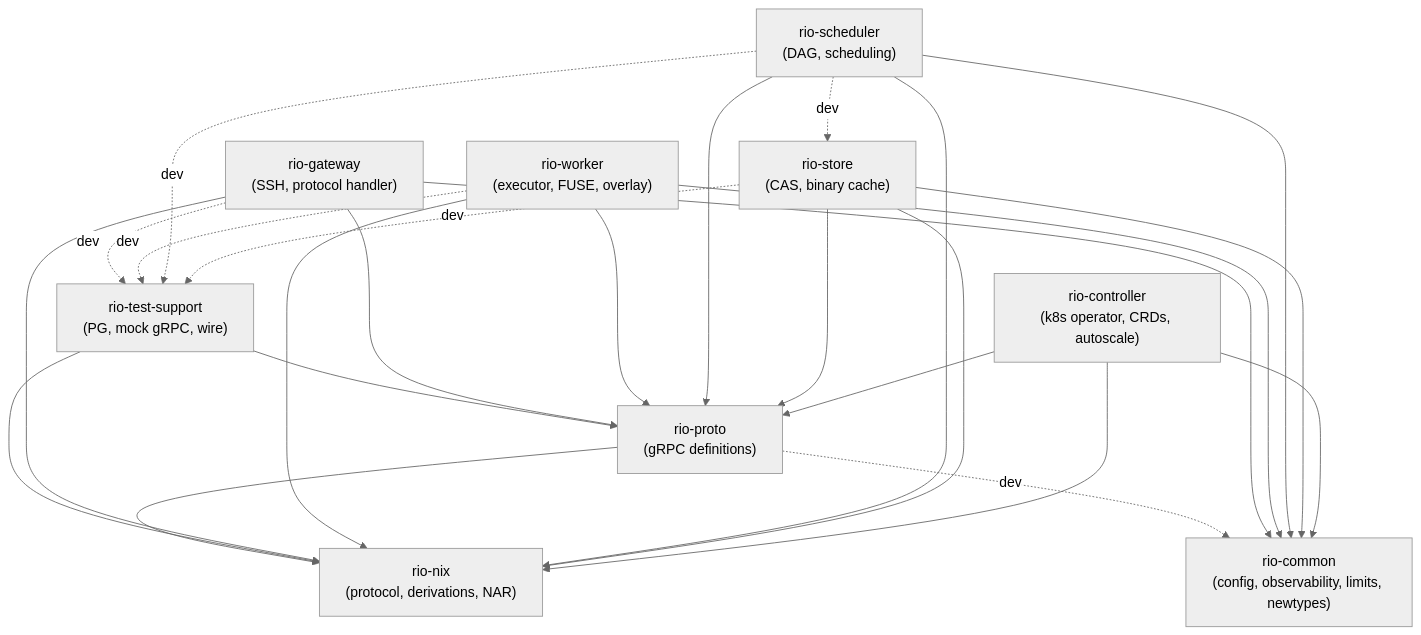
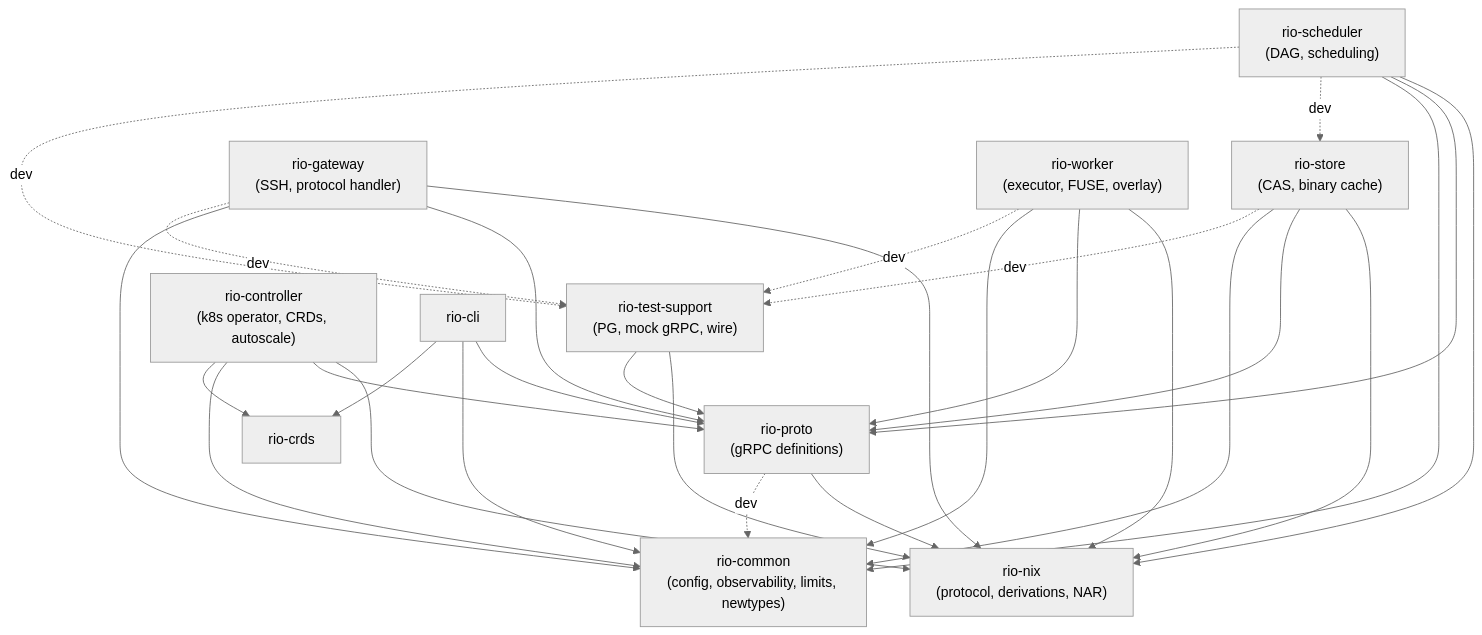
The diagram in docs/src/crate-structure.md (Mic92/rio-build), drawn with Mermaid (neutral theme) before and after one commit. The commit also changed other lines of this file and 7 other files, not shown here.

````diff
--- a/docs/src/crate-structure.md
+++ b/docs/src/crate-structure.md
@@ -23,43 +25,48 @@
 ```mermaid
 graph TD
     rio-common["rio-common<br/>(config, observability, limits, newtypes)"]
     rio-nix["rio-nix<br/>(protocol, derivations, NAR)"]
     rio-proto["rio-proto<br/>(gRPC definitions)"]
     rio-test-support["rio-test-support<br/>(PG, mock gRPC, wire)"]
     rio-store["rio-store<br/>(CAS, binary cache)"]
     rio-scheduler["rio-scheduler<br/>(DAG, scheduling)"]
     rio-gateway["rio-gateway<br/>(SSH, protocol handler)"]
     rio-worker["rio-worker<br/>(executor, FUSE, overlay)"]
     rio-controller["rio-controller<br/>(k8s operator, CRDs, autoscale)"]
 
     rio-proto --> rio-nix
     rio-proto -.->|dev| rio-common
 
     rio-test-support --> rio-nix
     rio-test-support --> rio-proto
 
     rio-gateway --> rio-nix
     rio-gateway --> rio-proto
     rio-gateway --> rio-common
     rio-gateway -.->|dev| rio-test-support
 
     rio-worker --> rio-nix
     rio-worker --> rio-proto
     rio-worker --> rio-common
     rio-worker -.->|dev| rio-test-support
 
     rio-scheduler --> rio-nix
     rio-scheduler --> rio-proto
     rio-scheduler --> rio-common
     rio-scheduler -.->|dev| rio-store
     rio-scheduler -.->|dev| rio-test-support
 
     rio-store --> rio-nix
     rio-store --> rio-proto
     rio-store --> rio-common
     rio-store -.->|dev| rio-test-support
 
     rio-controller --> rio-nix
     rio-controller --> rio-proto
     rio-controller --> rio-common
+    rio-controller --> rio-crds
+
+    rio-cli --> rio-proto
+    rio-cli --> rio-common
+    rio-cli --> rio-crds
 ```
````
